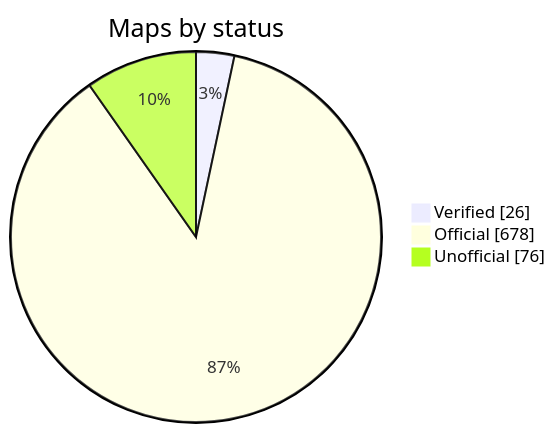
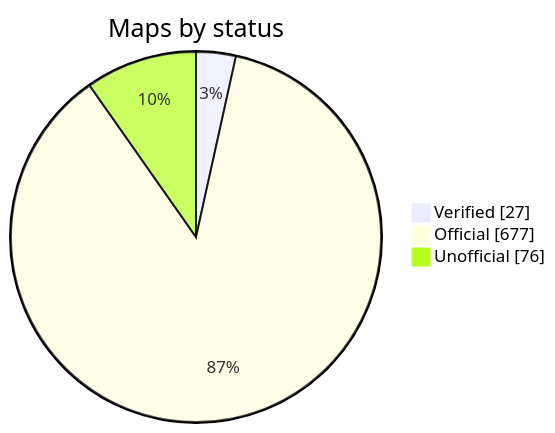
The diagram in README.md (nobrega8/mbmap-library), drawn with Mermaid before and after one commit. The commit also changed 7 other files, not shown here.

````diff
--- a/README.md
+++ b/README.md
@@ -52,7 +52,7 @@
 ```mermaid
 pie showData
     title Maps by status
-    "Verified" : 26
-    "Official" : 678
+    "Verified" : 27
+    "Official" : 677
     "Unofficial" : 76
 ```
````
